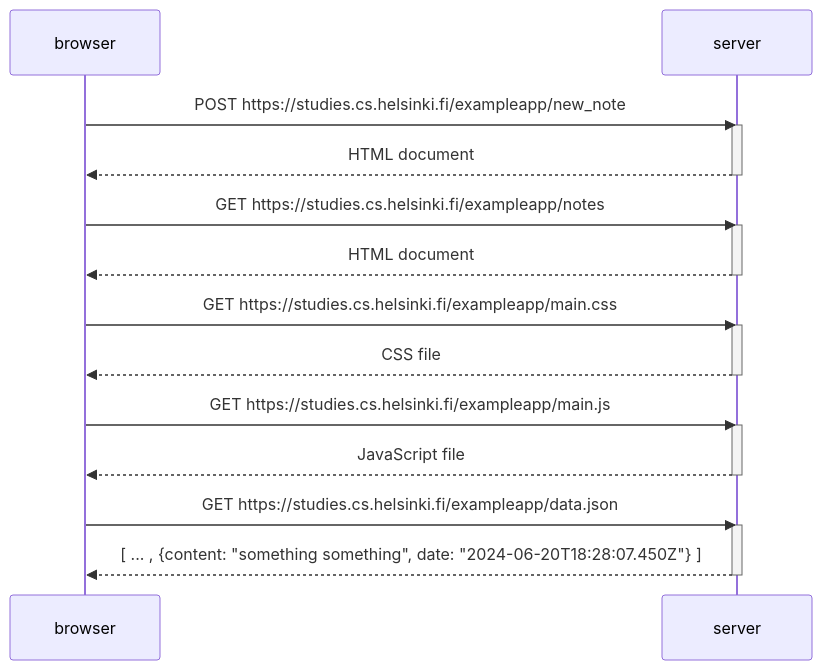
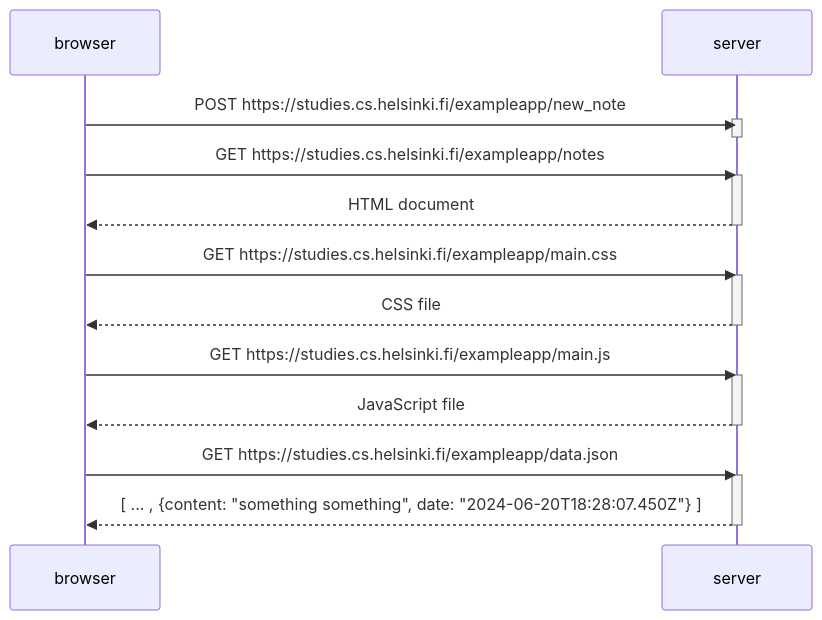
Before and after one commit to gion3/fullstackopen: the diagram in part0/0.4.md, drawn with Mermaid.

````diff
--- a/part0/0.4.md
+++ b/part0/0.4.md
@@ -3,31 +3,30 @@
 ```mermaid
 sequenceDiagram
     participant browser
     participant server
 
     browser->>server: POST https://studies.cs.helsinki.fi/exampleapp/new_note
     activate server
-    server-->>browser: HTML document
     deactivate server
 
     browser->>server: GET https://studies.cs.helsinki.fi/exampleapp/notes
     activate server
     server-->>browser: HTML document
     deactivate server
 
     browser->>server: GET https://studies.cs.helsinki.fi/exampleapp/main.css
     activate server
     server-->>browser: CSS file
     deactivate server
 
     browser->>server: GET https://studies.cs.helsinki.fi/exampleapp/main.js
     activate server
     server-->>browser: JavaScript file
     deactivate server
 
     browser->>server: GET https://studies.cs.helsinki.fi/exampleapp/data.json
     activate server
     server-->>browser: [ ... , {content: "something something", date: "2024-06-20T18:28:07.450Z"} ]
     deactivate server
 
 ```
````
